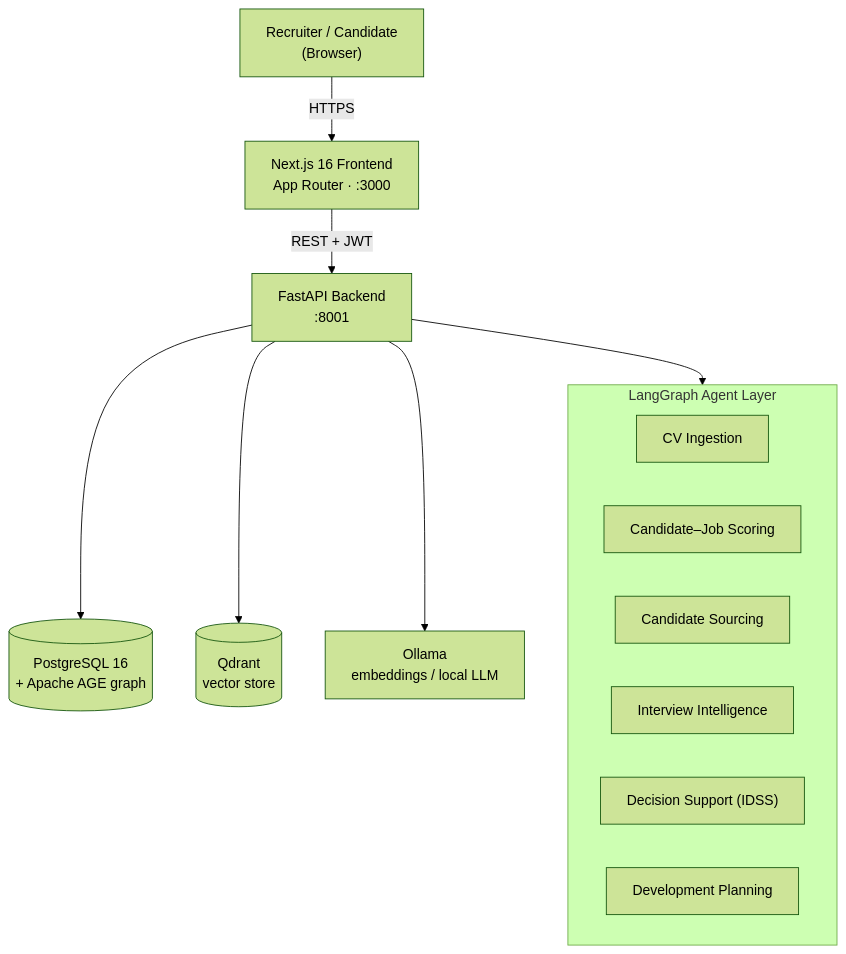
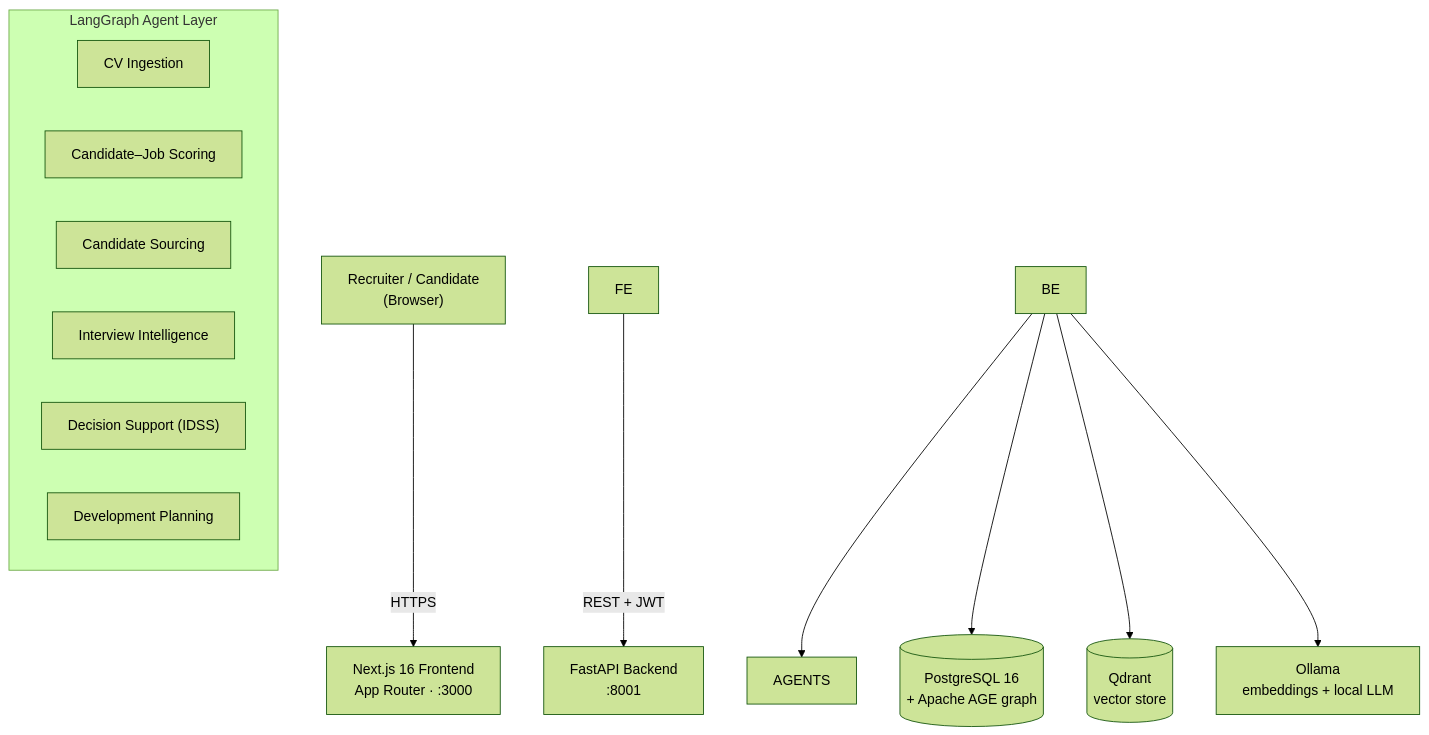
One commit to Abde1rahman-Osheba/Group-12-PATHS-Graduation-Project-2026 changed the diagram in Graduation_PATHS-main/README.md. Above: the diagram before and after it, drawn with Mermaid (forest theme). The commit also changed other lines of this file, not shown here.

````diff
--- a/Graduation_PATHS-main/README.md
+++ b/Graduation_PATHS-main/README.md
@@ -60,20 +59,20 @@
 ```mermaid
 flowchart TB
-    U["Recruiter / Candidate<br/>(Browser)"] -->|HTTPS| FE["Next.js 16 Frontend<br/>App Router · :3000"]
-    FE -->|"REST + JWT"| BE["FastAPI Backend<br/>:8001"]
+    U\["Recruiter / Candidate<br/>(Browser)"] -->|HTTPS| FE\["Next.js 16 Frontend<br/>App Router · :3000"]
+    FE -->|"REST + JWT"| BE\["FastAPI Backend<br/>:8001"]
 
-    subgraph AGENTS["LangGraph Agent Layer"]
+    subgraph AGENTS\["LangGraph Agent Layer"]
         direction LR
-        A1[CV Ingestion]
-        A2[Candidate–Job Scoring]
-        A3[Candidate Sourcing]
-        A4[Interview Intelligence]
-        A5["Decision Support (IDSS)"]
-        A6[Development Planning]
+        A1\[CV Ingestion]
+        A2\[Candidate–Job Scoring]
+        A3\[Candidate Sourcing]
+        A4\[Interview Intelligence]
+        A5\["Decision Support (IDSS)"]
+        A6\[Development Planning]
     end
 
     BE --> AGENTS
-    BE --> PG[("PostgreSQL 16<br/>+ Apache AGE graph")]
-    BE --> QD[("Qdrant<br/>vector store")]
-    BE --> OL["Ollama<br/>embeddings / local LLM"]
+    BE --> PG\[("PostgreSQL 16<br/>+ Apache AGE graph")]
+    BE --> QD\[("Qdrant<br/>vector store")]
+    BE --> OL\["Ollama<br/>embeddings + local LLM"]
 ```
````
